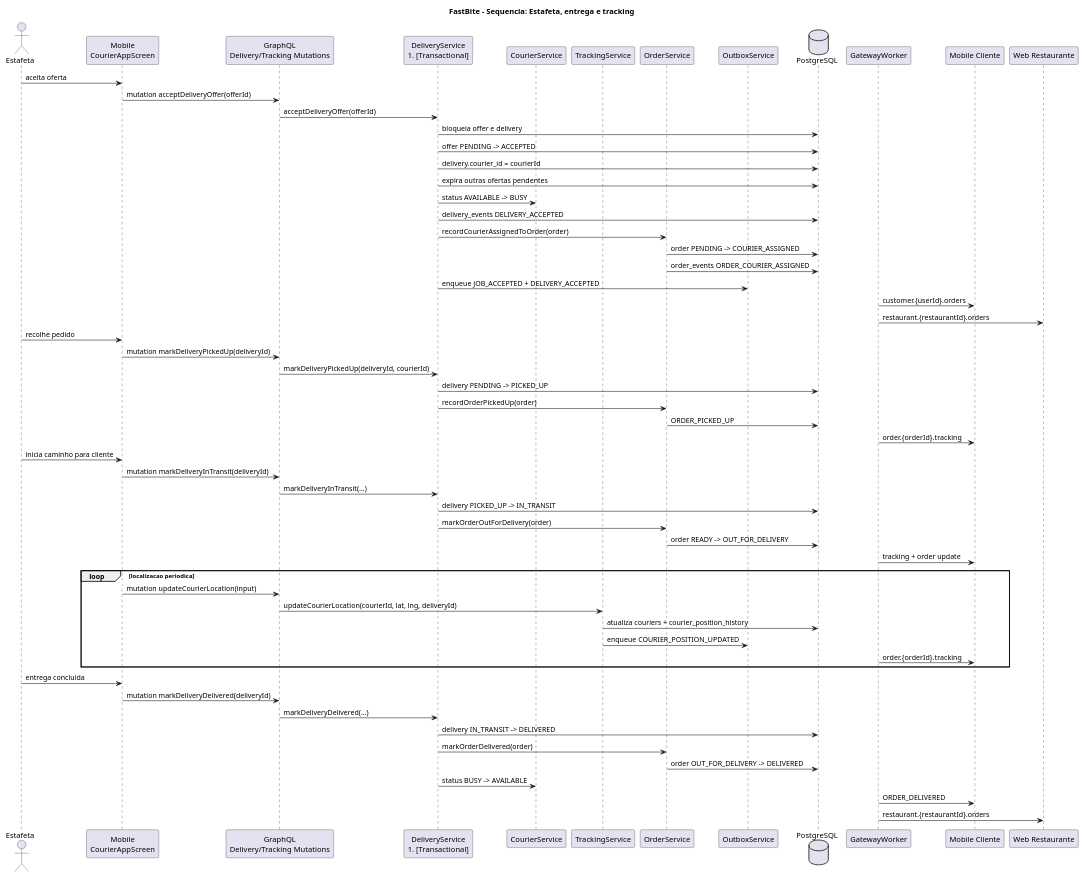
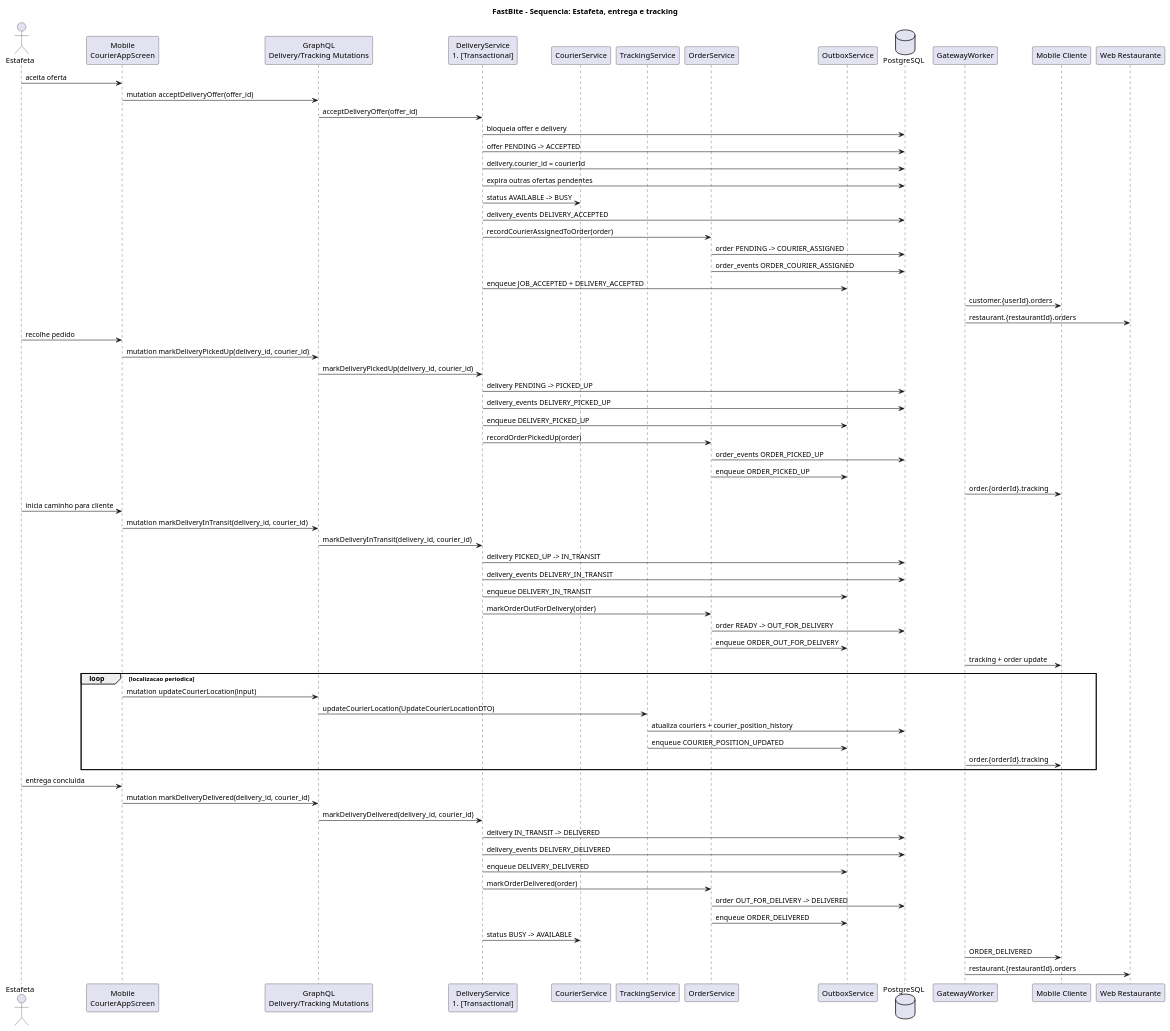
Before and after one commit to DuarteMSousa/FastBite: the diagram in Documentacao/docs novas/03c_sequencia_estafeta_entrega_tracking.puml, drawn with PlantUML. The commit also changed 3 other files, not shown here.

First line of the commit message:
Refine PlantUML diagrams and sequence flows

```diff
--- a/Documentacao/docs novas/03c_sequencia_estafeta_entrega_tracking.puml
+++ b/Documentacao/docs novas/03c_sequencia_estafeta_entrega_tracking.puml
@@ -1,68 +1,77 @@
 @startuml FastBite_Seq_Estafeta_Tracking
 title FastBite - Sequencia: Estafeta, entrega e tracking
 
 skinparam shadowing false
 actor Estafeta
 participant "Mobile\nCourierAppScreen" as CourierApp
 participant "GraphQL\nDelivery/Tracking Mutations" as GQL
 participant "DeliveryService\n#[Transactional]" as DeliverySvc
 participant "CourierService" as CourierSvc
 participant "TrackingService" as TrackingSvc
 participant "OrderService" as OrderSvc
 participant "OutboxService" as Outbox
 database "PostgreSQL" as DB
 participant "GatewayWorker" as GW
 participant "Mobile Cliente" as CustomerApp
 participant "Web Restaurante" as RestaurantWeb
 
 Estafeta -> CourierApp: aceita oferta
-CourierApp -> GQL: mutation acceptDeliveryOffer(offerId)
-GQL -> DeliverySvc: acceptDeliveryOffer(offerId)
+CourierApp -> GQL: mutation acceptDeliveryOffer(offer_id)
+GQL -> DeliverySvc: acceptDeliveryOffer(offer_id)
 DeliverySvc -> DB: bloqueia offer e delivery
 DeliverySvc -> DB: offer PENDING -> ACCEPTED
 DeliverySvc -> DB: delivery.courier_id = courierId
 DeliverySvc -> DB: expira outras ofertas pendentes
 DeliverySvc -> CourierSvc: status AVAILABLE -> BUSY
 DeliverySvc -> DB: delivery_events DELIVERY_ACCEPTED
 DeliverySvc -> OrderSvc: recordCourierAssignedToOrder(order)
 OrderSvc -> DB: order PENDING -> COURIER_ASSIGNED
 OrderSvc -> DB: order_events ORDER_COURIER_ASSIGNED
 DeliverySvc -> Outbox: enqueue JOB_ACCEPTED + DELIVERY_ACCEPTED
 GW -> CustomerApp: customer.{userId}.orders
 GW -> RestaurantWeb: restaurant.{restaurantId}.orders
 
 Estafeta -> CourierApp: recolhe pedido
-CourierApp -> GQL: mutation markDeliveryPickedUp(deliveryId)
-GQL -> DeliverySvc: markDeliveryPickedUp(deliveryId, courierId)
+CourierApp -> GQL: mutation markDeliveryPickedUp(delivery_id, courier_id)
+GQL -> DeliverySvc: markDeliveryPickedUp(delivery_id, courier_id)
 DeliverySvc -> DB: delivery PENDING -> PICKED_UP
+DeliverySvc -> DB: delivery_events DELIVERY_PICKED_UP
+DeliverySvc -> Outbox: enqueue DELIVERY_PICKED_UP
 DeliverySvc -> OrderSvc: recordOrderPickedUp(order)
-OrderSvc -> DB: ORDER_PICKED_UP
+OrderSvc -> DB: order_events ORDER_PICKED_UP
+OrderSvc -> Outbox: enqueue ORDER_PICKED_UP
 GW -> CustomerApp: order.{orderId}.tracking
 
 Estafeta -> CourierApp: inicia caminho para cliente
-CourierApp -> GQL: mutation markDeliveryInTransit(deliveryId)
-GQL -> DeliverySvc: markDeliveryInTransit(...)
+CourierApp -> GQL: mutation markDeliveryInTransit(delivery_id, courier_id)
+GQL -> DeliverySvc: markDeliveryInTransit(delivery_id, courier_id)
 DeliverySvc -> DB: delivery PICKED_UP -> IN_TRANSIT
+DeliverySvc -> DB: delivery_events DELIVERY_IN_TRANSIT
+DeliverySvc -> Outbox: enqueue DELIVERY_IN_TRANSIT
 DeliverySvc -> OrderSvc: markOrderOutForDelivery(order)
 OrderSvc -> DB: order READY -> OUT_FOR_DELIVERY
+OrderSvc -> Outbox: enqueue ORDER_OUT_FOR_DELIVERY
 GW -> CustomerApp: tracking + order update
 
 loop localizacao periodica
   CourierApp -> GQL: mutation updateCourierLocation(input)
-  GQL -> TrackingSvc: updateCourierLocation(courierId, lat, lng, deliveryId)
+  GQL -> TrackingSvc: updateCourierLocation(UpdateCourierLocationDTO)
   TrackingSvc -> DB: atualiza couriers + courier_position_history
   TrackingSvc -> Outbox: enqueue COURIER_POSITION_UPDATED
   GW -> CustomerApp: order.{orderId}.tracking
 end
 
 Estafeta -> CourierApp: entrega concluida
-CourierApp -> GQL: mutation markDeliveryDelivered(deliveryId)
-GQL -> DeliverySvc: markDeliveryDelivered(...)
+CourierApp -> GQL: mutation markDeliveryDelivered(delivery_id, courier_id)
+GQL -> DeliverySvc: markDeliveryDelivered(delivery_id, courier_id)
 DeliverySvc -> DB: delivery IN_TRANSIT -> DELIVERED
+DeliverySvc -> DB: delivery_events DELIVERY_DELIVERED
+DeliverySvc -> Outbox: enqueue DELIVERY_DELIVERED
 DeliverySvc -> OrderSvc: markOrderDelivered(order)
 OrderSvc -> DB: order OUT_FOR_DELIVERY -> DELIVERED
+OrderSvc -> Outbox: enqueue ORDER_DELIVERED
 DeliverySvc -> CourierSvc: status BUSY -> AVAILABLE
 GW -> CustomerApp: ORDER_DELIVERED
 GW -> RestaurantWeb: restaurant.{restaurantId}.orders
 
 @enduml
```
